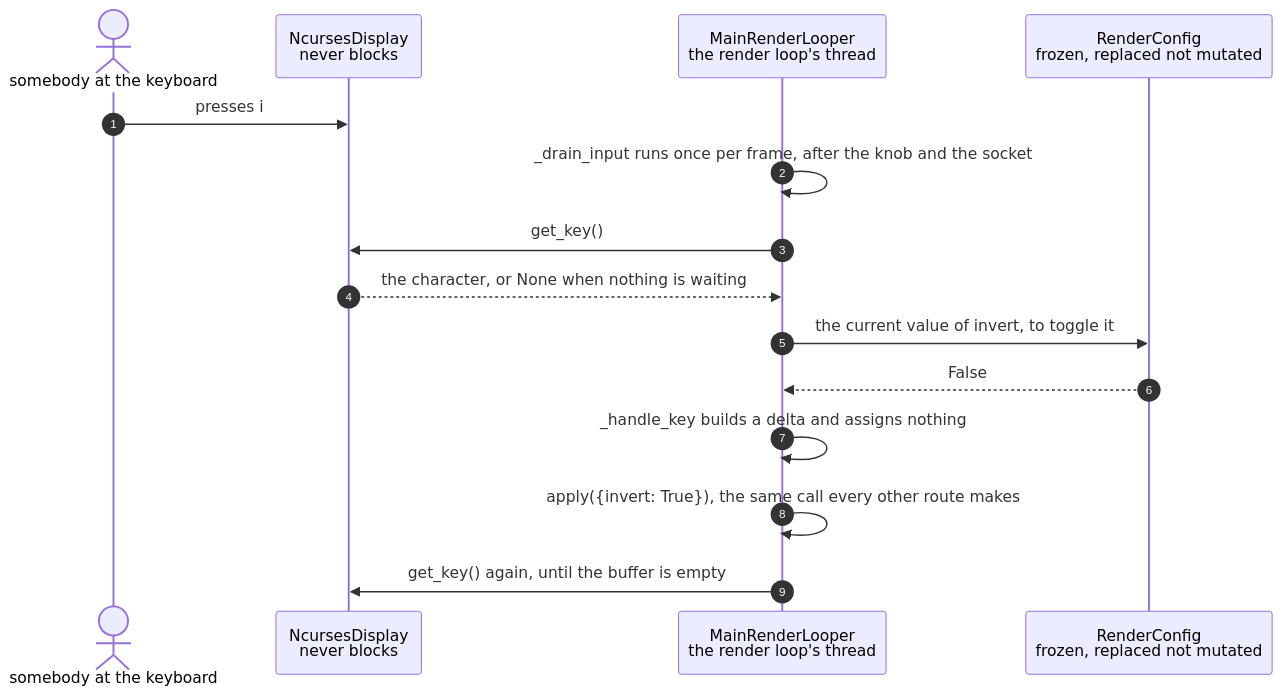
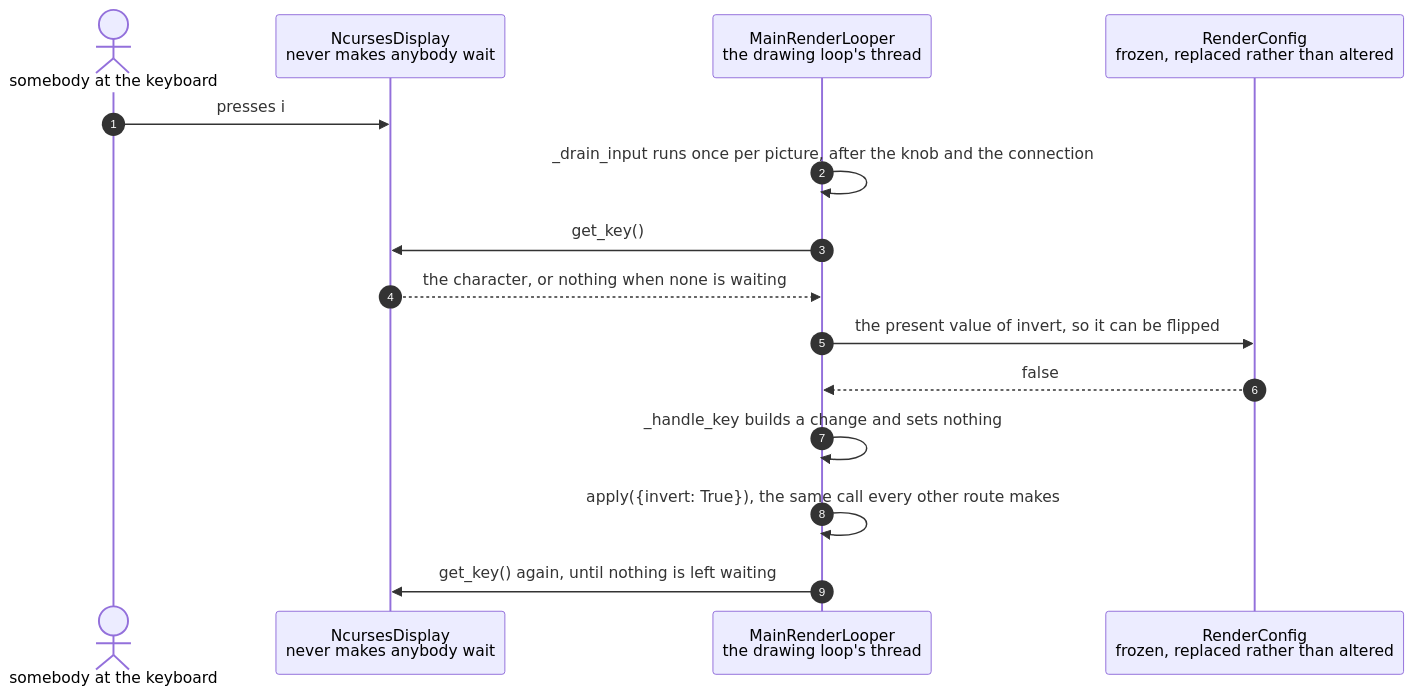
One commit to replicant1/AsciiArt-Pi changed the diagram in docs/scenarios/a-keypress-updates-the-render-configuration.md. Above: the diagram before and after it, drawn with Mermaid. The commit also changed other lines of this file and 6 other files, not shown here.

````diff
--- a/docs/scenarios/a-keypress-updates-the-render-configuration.md
+++ b/docs/scenarios/a-keypress-updates-the-render-configuration.md
@@ -33,18 +49,18 @@
 ```mermaid
 sequenceDiagram
     autonumber
     actor User as somebody at the keyboard
-    participant Term as NcursesDisplay<br/>never blocks
-    participant App as MainRenderLooper<br/>the render loop's thread
-    participant Cfg as RenderConfig<br/>frozen, replaced not mutated
+    participant Term as NcursesDisplay<br/>never makes anybody wait
+    participant App as MainRenderLooper<br/>the drawing loop's thread
+    participant Cfg as RenderConfig<br/>frozen, replaced rather than altered
 
     User->>Term: presses i
-    App->>App: _drain_input runs once per frame, after the knob and the socket
+    App->>App: _drain_input runs once per picture, after the knob and the connection
     App->>Term: get_key()
-    Term-->>App: the character, or None when nothing is waiting
-    App->>Cfg: the current value of invert, to toggle it
-    Cfg-->>App: False
-    App->>App: _handle_key builds a delta and assigns nothing
+    Term-->>App: the character, or nothing when none is waiting
+    App->>Cfg: the present value of invert, so it can be flipped
+    Cfg-->>App: false
+    App->>App: _handle_key builds a change and sets nothing
     App->>App: apply({invert: True}), the same call every other route makes
-    App->>Term: get_key() again, until the buffer is empty
+    App->>Term: get_key() again, until nothing is left waiting
 ```
````
